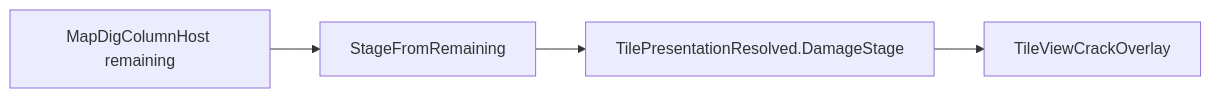
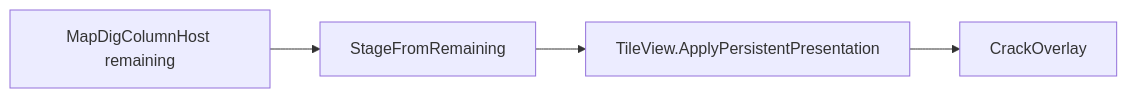
Before and after one commit to garunnir/Project_Alpha: the first of 2 diagrams in docs/map/DIG.md, drawn with Mermaid. The commit also changed other lines of this file and 51 other files, not shown here.

````diff
--- a/docs/map/DIG.md
+++ b/docs/map/DIG.md
@@ -100,6 +110,6 @@
 ```mermaid
 flowchart LR
   HP[MapDigColumnHost remaining] --> Stage[StageFromRemaining]
-  Stage --> Resolve[TilePresentationResolved.DamageStage]
-  Resolve --> View[TileViewCrackOverlay]
+  Stage --> View[TileView.ApplyPersistentPresentation]
+  View --> Crack[CrackOverlay]
 ```
````
